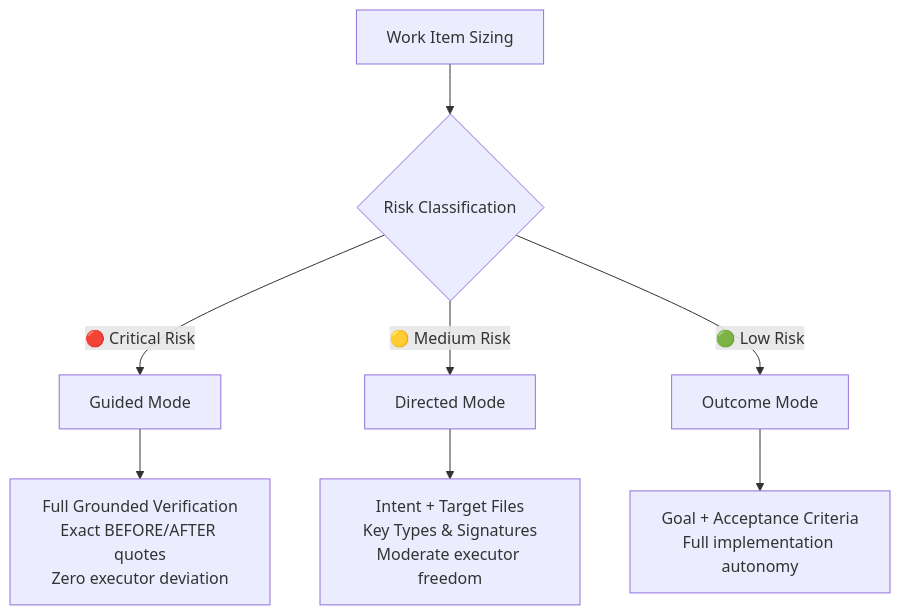
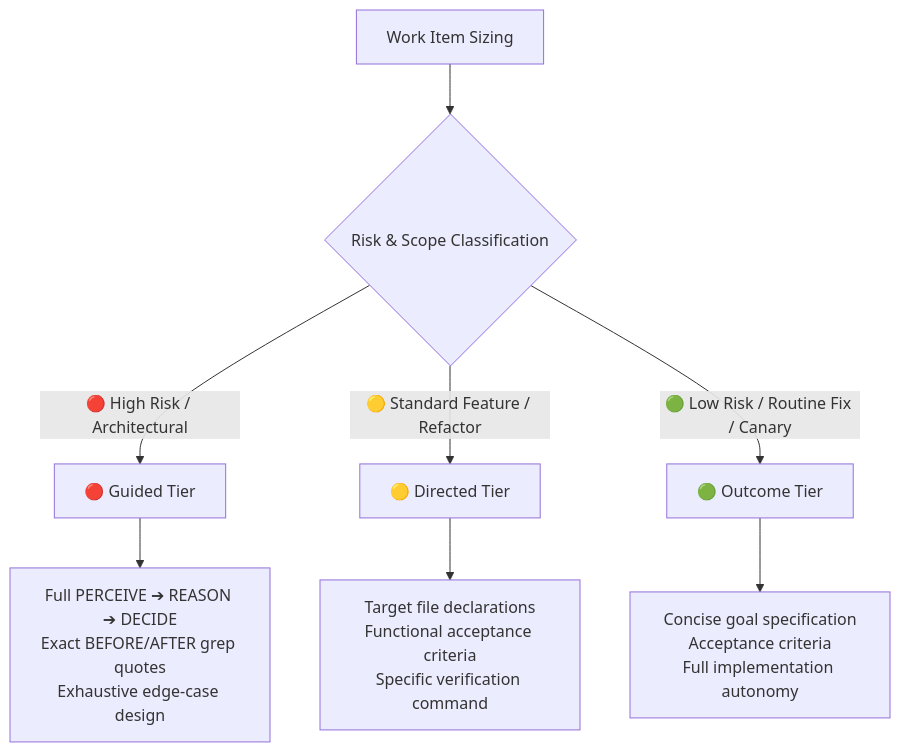
One commit to bhaskarjha-dev/kramak changed the second of 2 diagrams in docs/SPECIFICATION.md. Above: the diagram before and after it, drawn with Mermaid. The commit also changed other lines of this file and 7 other files, not shown here.

````diff
--- a/docs/SPECIFICATION.md
+++ b/docs/SPECIFICATION.md
@@ -94,11 +156,11 @@
 ```mermaid
 graph TD
-    A[Work Item Sizing] --> B{Risk Classification}
-    B -->|🔴 Critical Risk| C[Guided Mode]
-    B -->|🟡 Medium Risk| D[Directed Mode]
-    B -->|🟢 Low Risk| E[Outcome Mode]
+    WI[Work Item Sizing] --> Risk{Risk & Scope Classification}
+    Risk -->|🔴 High Risk / Architectural| Guided[🔴 Guided Tier]
+    Risk -->|🟡 Standard Feature / Refactor| Directed[🟡 Directed Tier]
+    Risk -->|🟢 Low Risk / Routine Fix / Canary| Outcome[🟢 Outcome Tier]
     
-    C --> C1[Full Grounded Verification<br>Exact BEFORE/AFTER quotes<br>Zero executor deviation]
-    D --> D1[Intent + Target Files<br>Key Types & Signatures<br>Moderate executor freedom]
-    E --> E1[Goal + Acceptance Criteria<br>Full implementation autonomy]
+    Guided --> G1[Full PERCEIVE ➔ REASON ➔ DECIDE<br/>Exact BEFORE/AFTER grep quotes<br/>Exhaustive edge-case design]
+    Directed --> D1[Target file declarations<br/>Functional acceptance criteria<br/>Specific verification command]
+    Outcome --> O1[Concise goal specification<br/>Acceptance criteria<br/>Full implementation autonomy]
 ```
````
